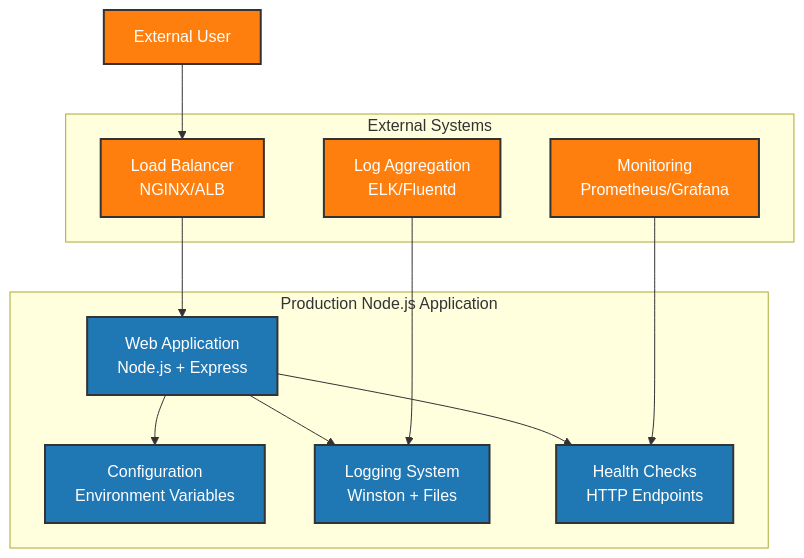
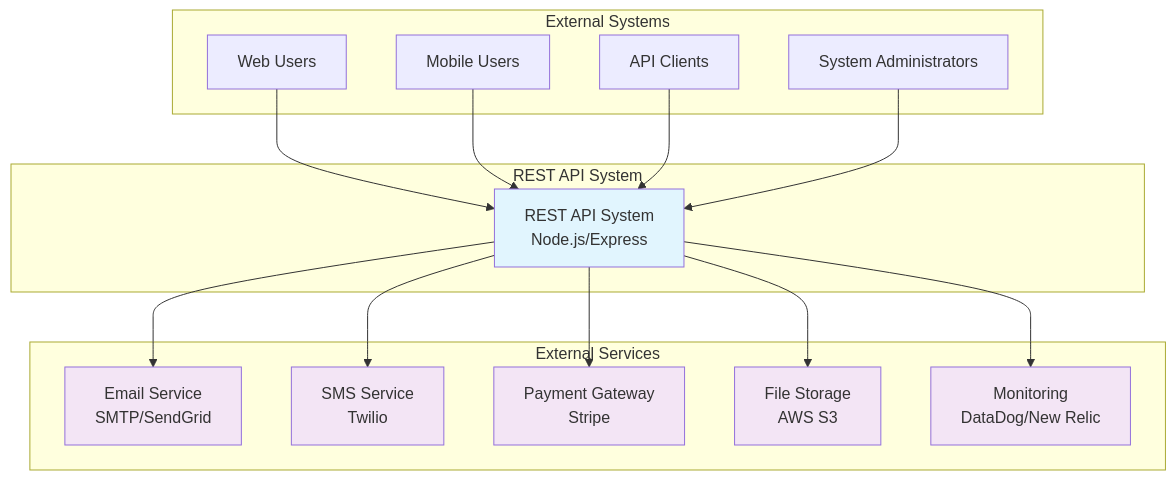
One commit to liamhelmer/claude-flow-ui changed the first of 12 diagrams in docs/architecture/system-diagrams.md. Above: the diagram before and after it, drawn with Mermaid. The commit also changed other lines of this file and 202 other files, not shown here.

Commit message:
Improved docs more environment variables supported for interpretation into claude-flow args more tests

````diff
--- a/docs/architecture/system-diagrams.md
+++ b/docs/architecture/system-diagrams.md
@@ -29,29 +11,39 @@
 ```mermaid
 graph TB
-    subgraph "Production Node.js Application"
-        WebApp[Web Application<br/>Node.js + Express]
-        Config[Configuration<br/>Environment Variables]
-        Logs[Logging System<br/>Winston + Files]
-        Health[Health Checks<br/>HTTP Endpoints]
+    subgraph "External Systems"
+        USER[Web Users]
+        MOBILE[Mobile Users]
+        API_CLIENT[API Clients]
+        ADMIN[System Administrators]
     end
 
-    subgraph "External Systems"
-        LB[Load Balancer<br/>NGINX/ALB]
-        Monitoring[Monitoring<br/>Prometheus/Grafana]
-        LogAggregator[Log Aggregation<br/>ELK/Fluentd]
+    subgraph "REST API System"
+        API[REST API System<br/>Node.js/Express]
     end
 
-    User[External User] --> LB
-    LB --> WebApp
-    WebApp --> Config
-    WebApp --> Logs
-    WebApp --> Health
-    Monitoring --> Health
-    LogAggregator --> Logs
+    subgraph "External Services"
+        EMAIL[Email Service<br/>SMTP/SendGrid]
+        SMS[SMS Service<br/>Twilio]
+        PAYMENT[Payment Gateway<br/>Stripe]
+        STORAGE[File Storage<br/>AWS S3]
+        MONITORING[Monitoring<br/>DataDog/New Relic]
+    end
 
-    classDef container fill:#1f77b4,stroke:#333,stroke-width:2px,color:#fff
-    classDef external fill:#ff7f0e,stroke:#333,stroke-width:2px,color:#fff
+    USER --> API
+    MOBILE --> API
+    API_CLIENT --> API
+    ADMIN --> API
 
-    class WebApp,Config,Logs,Health container
-    class User,LB,Monitoring,LogAggregator external
+    API --> EMAIL
+    API --> SMS
+    API --> PAYMENT
+    API --> STORAGE
+    API --> MONITORING
+
+    style API fill:#e1f5fe
+    style EMAIL fill:#f3e5f5
+    style SMS fill:#f3e5f5
+    style PAYMENT fill:#f3e5f5
+    style STORAGE fill:#f3e5f5
+    style MONITORING fill:#f3e5f5
 ```
````
